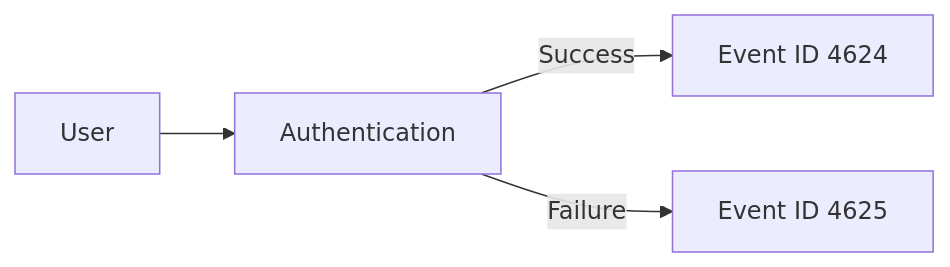
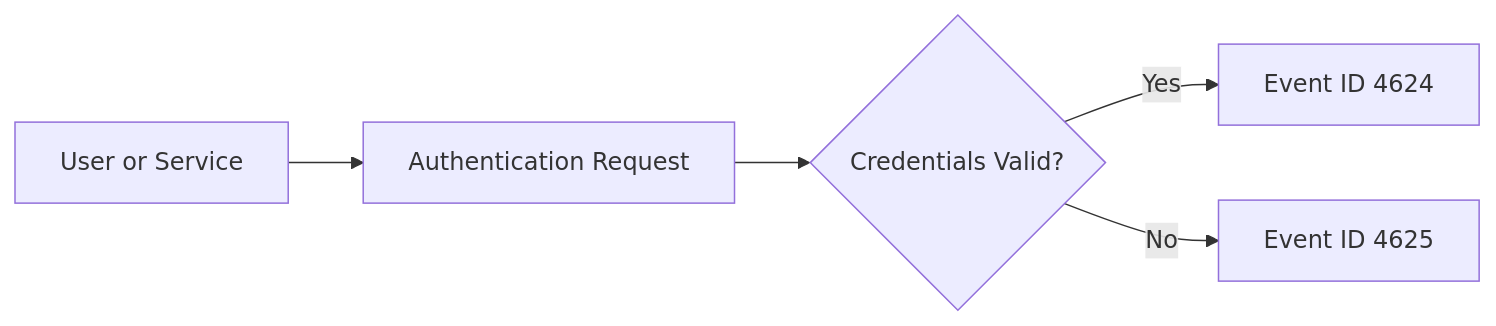
Before and after one commit to sadbattery/Windows-Event-IDs-Cheatsheet: the first of 6 diagrams in docs/authentication/4624-successful-logon.md, drawn with Mermaid. The commit also changed other lines of this file, not shown here.

````diff
--- a/docs/authentication/4624-successful-logon.md
+++ b/docs/authentication/4624-successful-logon.md
@@ -28,9 +59,11 @@
 ```mermaid
 flowchart LR
+    A[User or Service]
+    --> B[Authentication Request]
 
-User --> Authentication
+    B --> C{Credentials Valid?}
 
-Authentication -->|"Success"| Event4624[Event ID 4624]
+    C -->|Yes| D[Event ID 4624]
 
-Authentication -->|"Failure"| Event4625[Event ID 4625]
+    C -->|No| E[Event ID 4625]
 ```
````
